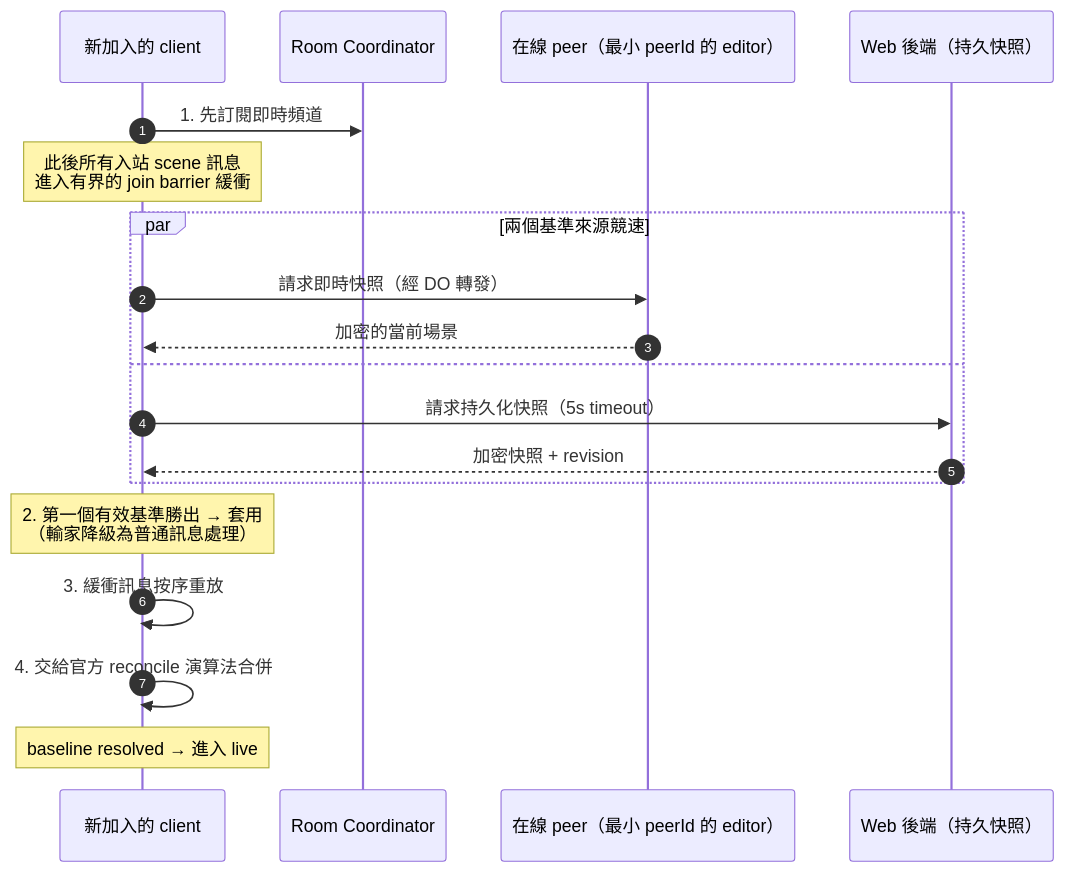
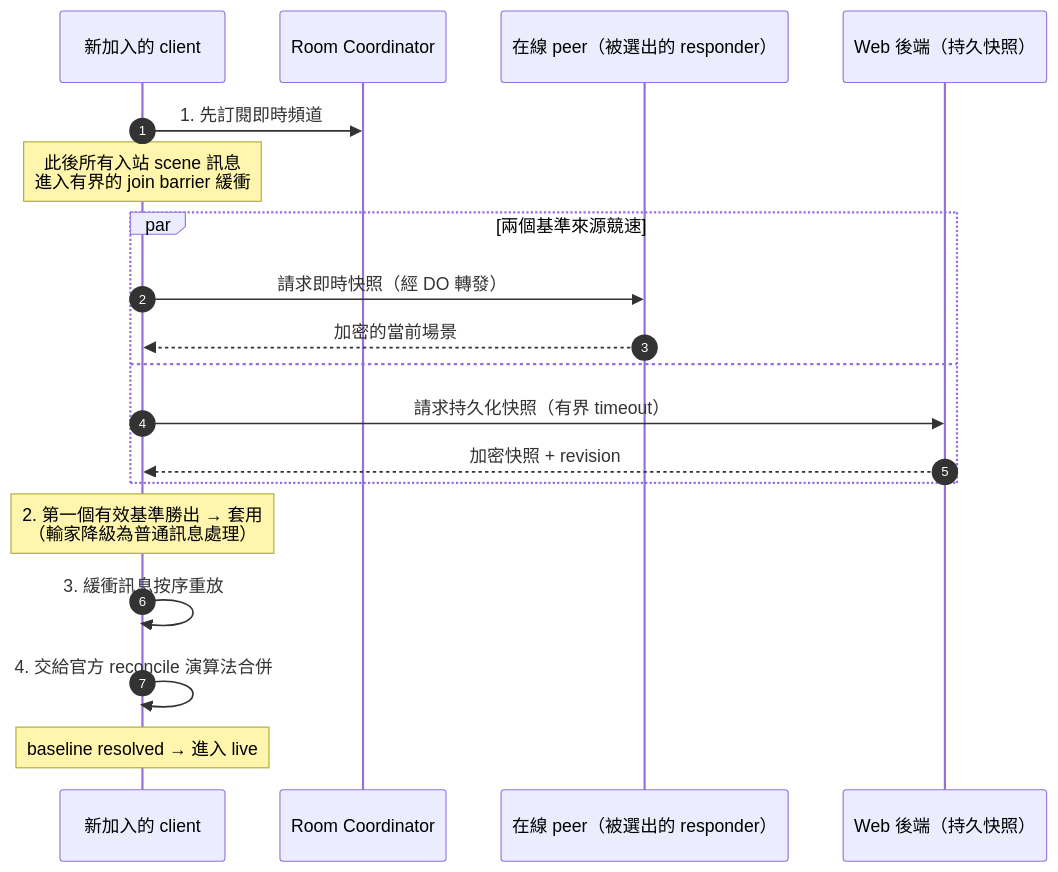
Before and after one commit to EricTsai83/drawstuff: the second of 3 diagrams in docs/system-design/realtime-room-coordination.md, drawn with Mermaid. The commit also changed other lines of this file and 27 other files, not shown here.

````diff
--- a/docs/system-design/realtime-room-coordination.md
+++ b/docs/system-design/realtime-room-coordination.md
@@ -97,22 +98,22 @@
 ```mermaid
 sequenceDiagram
     autonumber
     participant N as 新加入的 client
     participant DO as Room Coordinator
-    participant P as 在線 peer（最小 peerId 的 editor）
+    participant P as 在線 peer（被選出的 responder）
     participant W as Web 後端（持久快照）
 
     N->>DO: 1. 先訂閱即時頻道
     Note over N: 此後所有入站 scene 訊息<br/>進入有界的 join barrier 緩衝
     par 兩個基準來源競速
         N->>P: 請求即時快照（經 DO 轉發）
         P-->>N: 加密的當前場景
     and
-        N->>W: 請求持久化快照（5s timeout）
+        N->>W: 請求持久化快照（有界 timeout）
         W-->>N: 加密快照 + revision
     end
     Note over N: 2. 第一個有效基準勝出 → 套用<br/>（輸家降級為普通訊息處理）
     N->>N: 3. 緩衝訊息按序重放
     N->>N: 4. 交給官方 reconcile 演算法合併
     Note over N: baseline resolved → 進入 live
 ```
````
